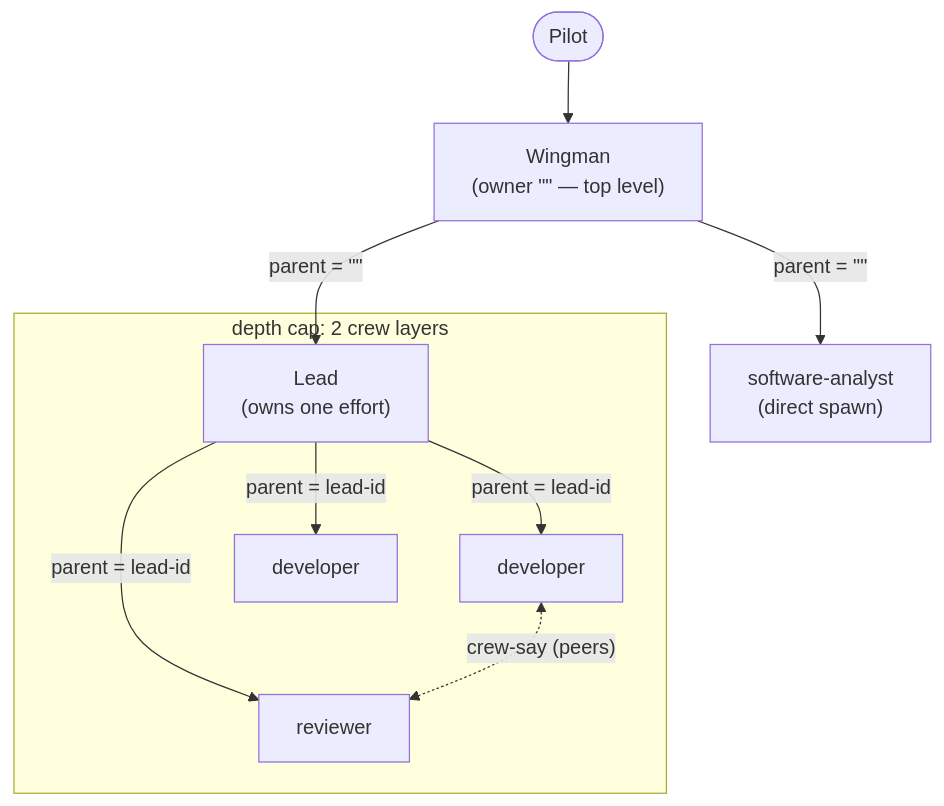
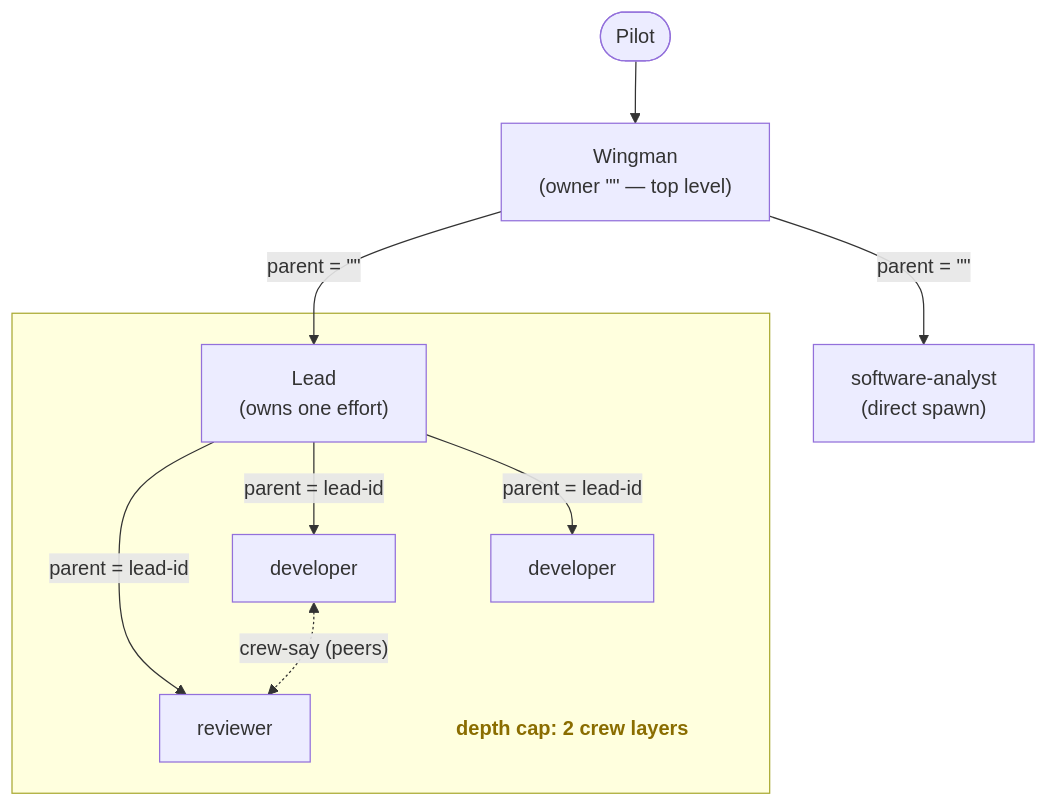
The fourth of 4 diagrams in docs/architecture.md (greerviau/wingman), drawn with Mermaid before and after one commit. The commit also changed other lines of this file, not shown here.

Commit message:
docs: fix overlapping labels in architecture diagrams
Lay the deliverable-lifecycle state diagram out left-to-right so its
bidirectional transition labels no longer collide, and move the crew-
hierarchy depth-cap caption out of the subgraph title (which the entry
arrow pierced) into a styled node inside the box.

````diff
--- a/docs/architecture.md
+++ b/docs/architecture.md
@@ -146,25 +147,30 @@
 ```mermaid
 flowchart TD
     pilot([Pilot])
     wingman["Wingman<br/>(owner &quot;&quot; — top level)"]
     analyst["software-analyst<br/>(direct spawn)"]
     lead["Lead<br/>(owns one effort)"]
     dev1[developer]
     dev2[developer]
     rev[reviewer]
 
     pilot --> wingman
     wingman -->|"parent = &quot;&quot;"| analyst
     wingman -->|"parent = &quot;&quot;"| lead
-    lead -->|"parent = lead-id"| dev1
-    lead -->|"parent = lead-id"| dev2
-    lead -->|"parent = lead-id"| rev
-    dev1 <-.->|"crew-say (peers)"| rev
 
-    subgraph cap["depth cap: 2 crew layers"]
+    subgraph cap[" "]
         lead
         dev1
         dev2
         rev
+        lead -->|"parent = lead-id"| dev1
+        lead -->|"parent = lead-id"| dev2
+        lead -->|"parent = lead-id"| rev
+        dev1 <-.->|"crew-say (peers)"| rev
+        caplabel["depth cap: 2 crew layers"]
+        dev2 ~~~ caplabel
     end
+
+    classDef caption fill:none,stroke:none,color:#8a6d00,font-weight:bold
+    class caplabel caption
 ```
````
